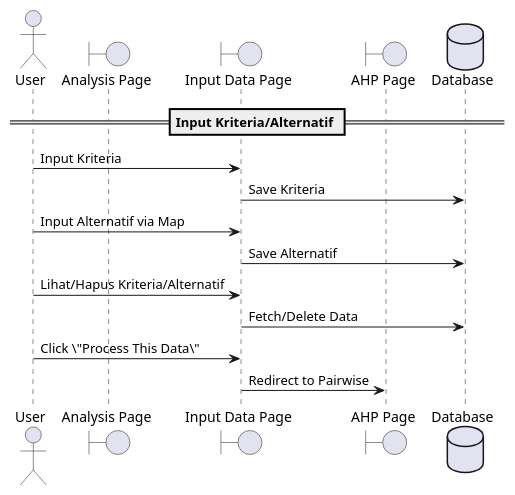
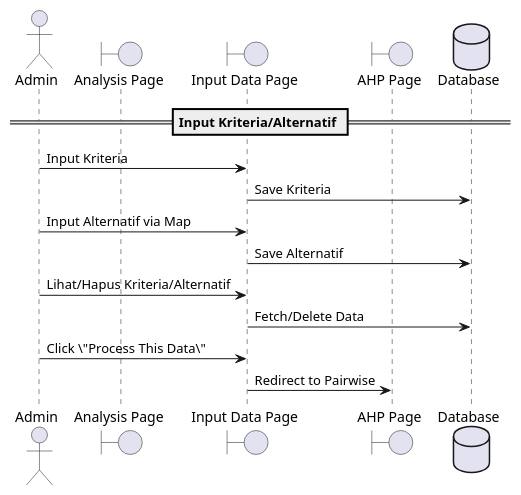
Before and after one commit to ren-zi-fa/spk-ahp-gis: the diagram in diagram/sq-3.puml, drawn with PlantUML. The commit also changed 14 other files, not shown here.

```diff
--- a/diagram/sq-3.puml
+++ b/diagram/sq-3.puml
@@ -1,18 +1,18 @@
 @startuml
-actor User
+actor Admin
 
 boundary "Analysis Page" as AnalysisPage
 boundary "Input Data Page" as InputPage
 boundary "AHP Page" as AHPPage
 database Database as Database
 
 == Input Kriteria/Alternatif ==
-User -> InputPage : Input Kriteria
+Admin -> InputPage : Input Kriteria
 InputPage -> Database : Save Kriteria
-User -> InputPage : Input Alternatif via Map
+Admin -> InputPage : Input Alternatif via Map
 InputPage -> Database : Save Alternatif
-User -> InputPage : Lihat/Hapus Kriteria/Alternatif
+Admin -> InputPage : Lihat/Hapus Kriteria/Alternatif
 InputPage -> Database : Fetch/Delete Data
-User -> InputPage : Click \"Process This Data\"
+Admin -> InputPage : Click \"Process This Data\"
 InputPage -> AHPPage : Redirect to Pairwise
 @enduml
```
